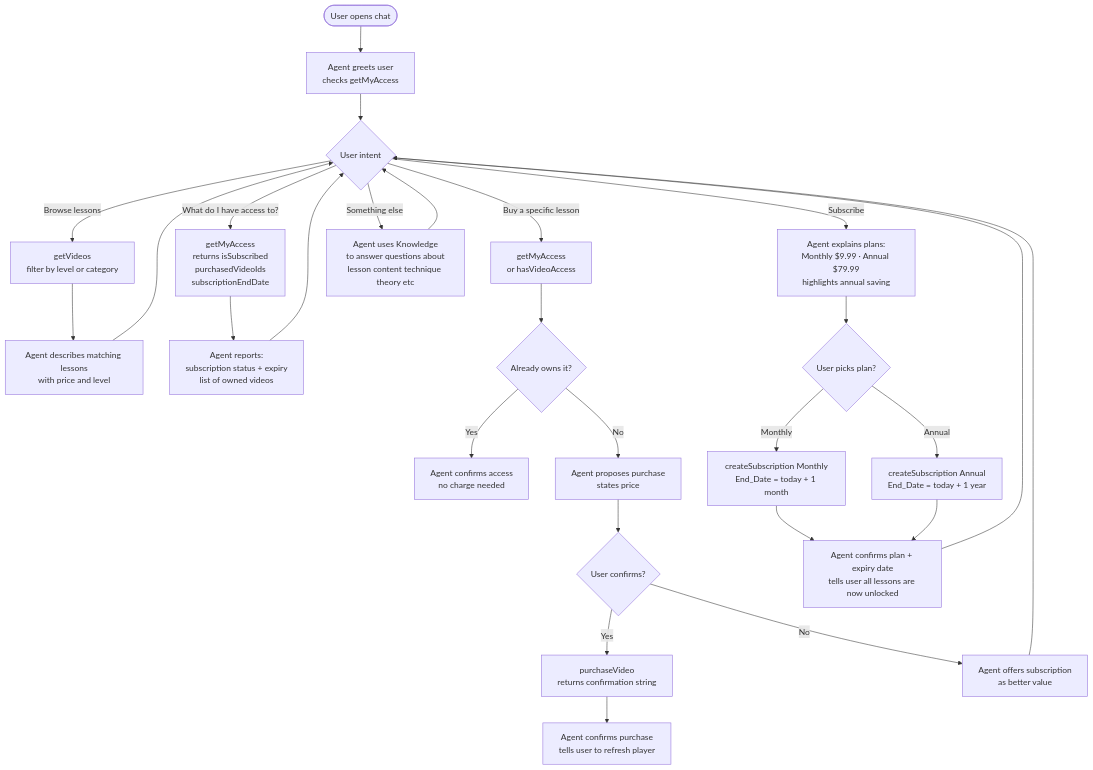
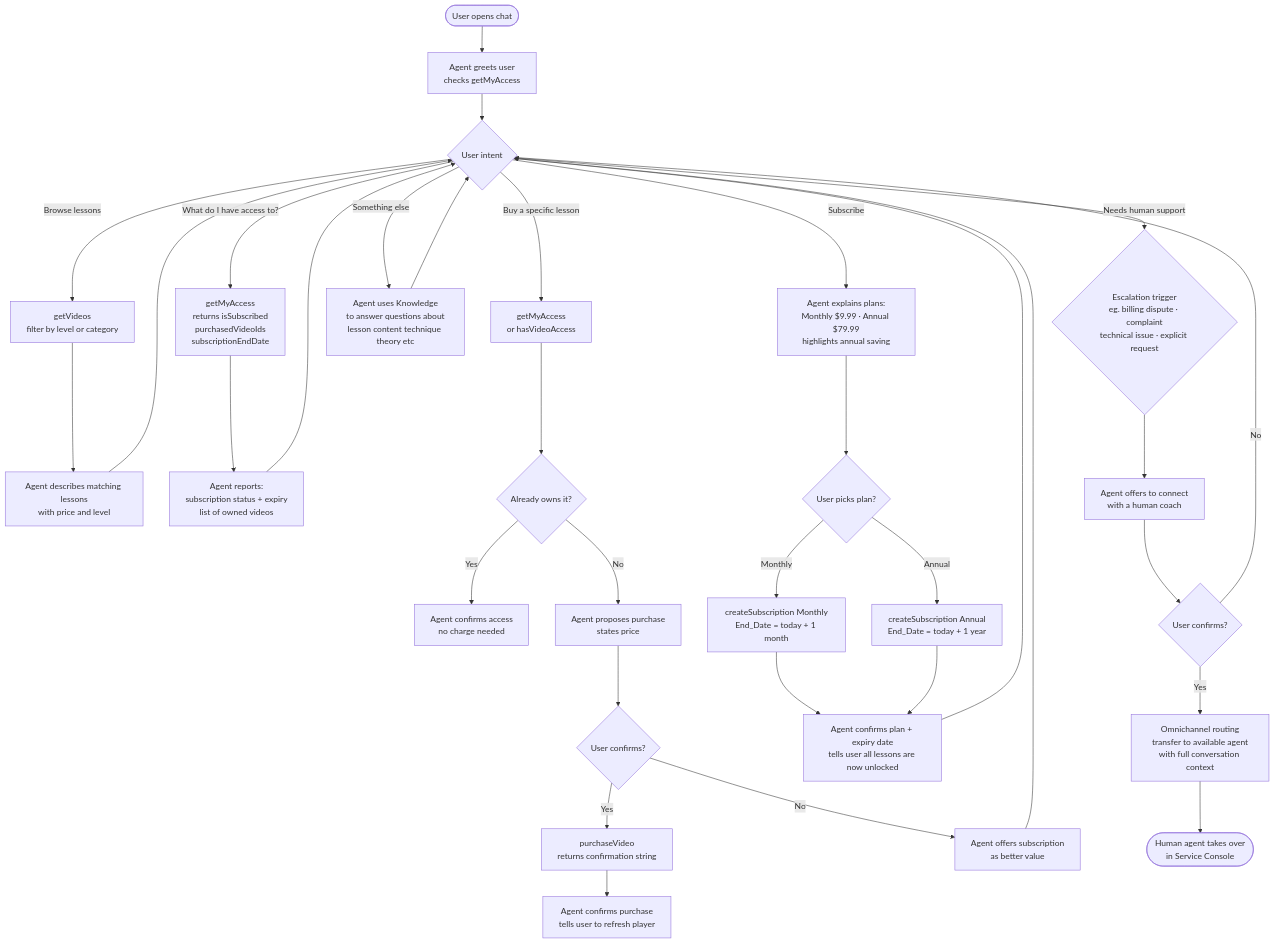
One commit to Athema/GuitarAcademy changed the fifth of 5 diagrams in docs/sales-flow.md. Above: the diagram before and after it, drawn with Mermaid.

Commit message:
docs: add escalate-to-human path to agent conversation flow
Covers escalation triggers (billing, complaint, technical, explicit request),
Omnichannel routing, and handoff to Service Console with conversation context.

````diff
--- a/docs/sales-flow.md
+++ b/docs/sales-flow.md
@@ -99,35 +99,42 @@
 ```mermaid
 flowchart TD
     AG([User opens chat]) --> GR[Agent greets user\nchecks getMyAccess]
 
     GR --> INT{User intent}
 
     INT -- Browse lessons --> BR[getVideos\nfilter by level or category]
     BR --> REC[Agent describes matching lessons\nwith price and level]
     REC --> INT
 
     INT -- What do I have access to? --> ACC[getMyAccess\nreturns isSubscribed\npurchasedVideoIds\nsubscriptionEndDate]
     ACC --> AREP[Agent reports:\nsubscription status + expiry\nlist of owned videos]
     AREP --> INT
 
     INT -- Buy a specific lesson --> CHK[getMyAccess\nor hasVideoAccess]
     CHK --> OWNS{Already owns it?}
     OWNS -- Yes --> CONF[Agent confirms access\nno charge needed]
     OWNS -- No --> PROP[Agent proposes purchase\nstates price]
     PROP --> UCONF{User confirms?}
     UCONF -- Yes --> PUR[purchaseVideo\nreturns confirmation string]
     PUR --> PCONF[Agent confirms purchase\ntells user to refresh player]
     UCONF -- No --> ALT[Agent offers subscription\nas better value]
     ALT --> INT
 
     INT -- Subscribe --> PLAN[Agent explains plans:\nMonthly $9.99 · Annual $79.99\nhighlights annual saving]
     PLAN --> PSEL{User picks plan?}
     PSEL -- Monthly --> SM[createSubscription Monthly\nEnd_Date = today + 1 month]
     PSEL -- Annual --> SA[createSubscription Annual\nEnd_Date = today + 1 year]
     SM --> SCONF[Agent confirms plan + expiry date\ntells user all lessons are now unlocked]
     SA --> SCONF
     SCONF --> INT
 
     INT -- Something else --> FB[Agent uses Knowledge\nto answer questions about\nlesson content technique theory etc]
     FB --> INT
+
+    INT -- Needs human support --> ESC{Escalation trigger\neg. billing dispute · complaint\ntechnical issue · explicit request}
+    ESC --> HT[Agent offers to connect\nwith a human coach]
+    HT --> UC{User confirms?}
+    UC -- Yes --> OM[Omnichannel routing\ntransfer to available agent\nwith full conversation context]
+    UC -- No --> INT
+    OM --> HA([Human agent takes over\nin Service Console])
 ```
````
